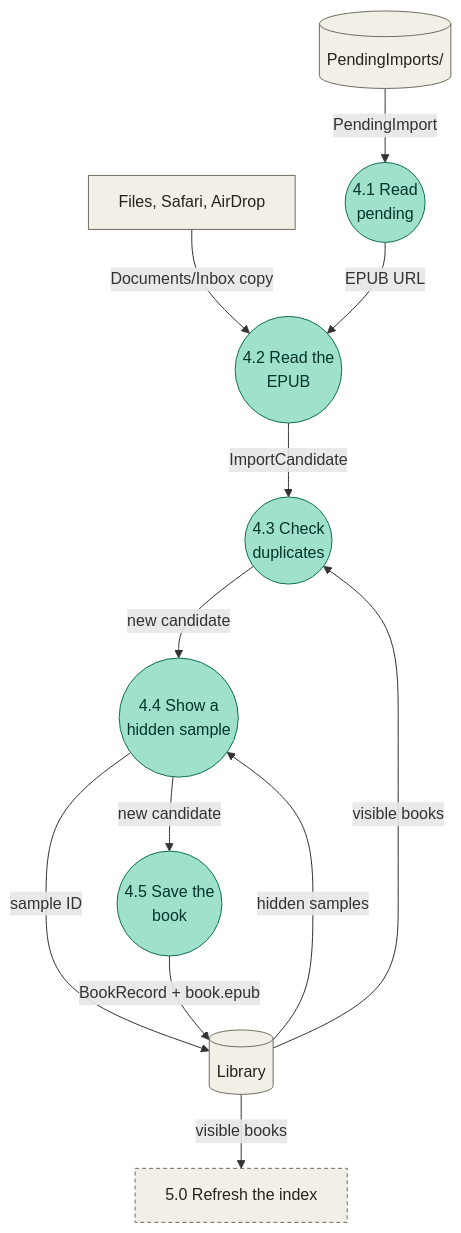
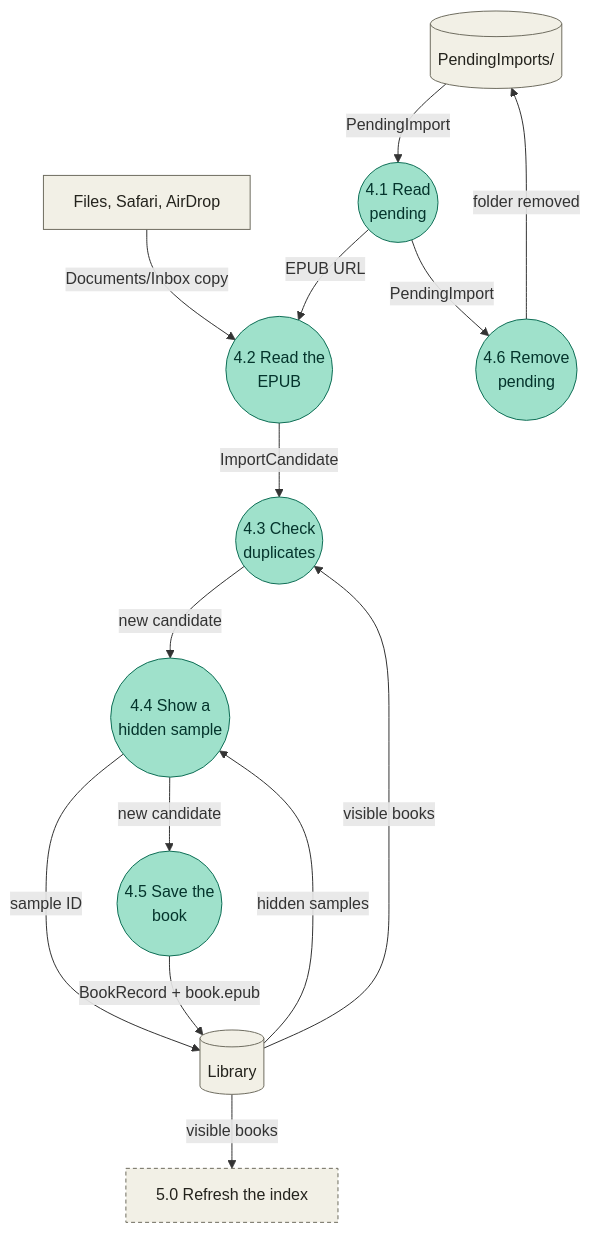
Before and after one commit to AftrHours/iRead: the fifth of 6 diagrams in docs/DFD-share-import.md, drawn with Mermaid. The commit also changed other lines of this file and 16 other files, not shown here.

````diff
--- a/docs/DFD-share-import.md
+++ b/docs/DFD-share-import.md
@@ -219,29 +227,32 @@
 ```mermaid
 flowchart TD
     PI[("PendingImports/")]:::store
     FI["Files, Safari, AirDrop"]:::entity
     LB[("Library")]:::store
     P41(("4.1 Read<br/>pending")):::app
     P42(("4.2 Read the<br/>EPUB")):::app
     P43(("4.3 Check<br/>duplicates")):::app
     P44(("4.4 Show a<br/>hidden sample")):::app
     P45(("4.5 Save the<br/>book")):::app
+    P46(("4.6 Remove<br/>pending")):::app
     P5["5.0 Refresh the index"]:::ref
 
     PI -->|"PendingImport"| P41
     P41 -->|"EPUB URL"| P42
     FI -->|"Documents/Inbox copy"| P42
     P42 -->|"ImportCandidate"| P43
     LB -->|"visible books"| P43
     P43 -->|"new candidate"| P44
     LB -->|"hidden samples"| P44
     P44 -->|"sample ID"| LB
     P44 -->|"new candidate"| P45
     P45 -->|"BookRecord + book.epub"| LB
+    P41 -->|"PendingImport"| P46
+    P46 -->|"folder removed"| PI
     LB -->|"visible books"| P5
 
     classDef entity fill:#f2f0e6,stroke:#6f6d60,color:#24231d
     classDef app fill:#9fe1cb,stroke:#0f6e56,color:#04342c
     classDef store fill:#f2f0e6,stroke:#6f6d60,color:#24231d
     classDef ref fill:#f2f0e6,stroke:#6f6d60,color:#24231d,stroke-dasharray:4 3
 ```
````
